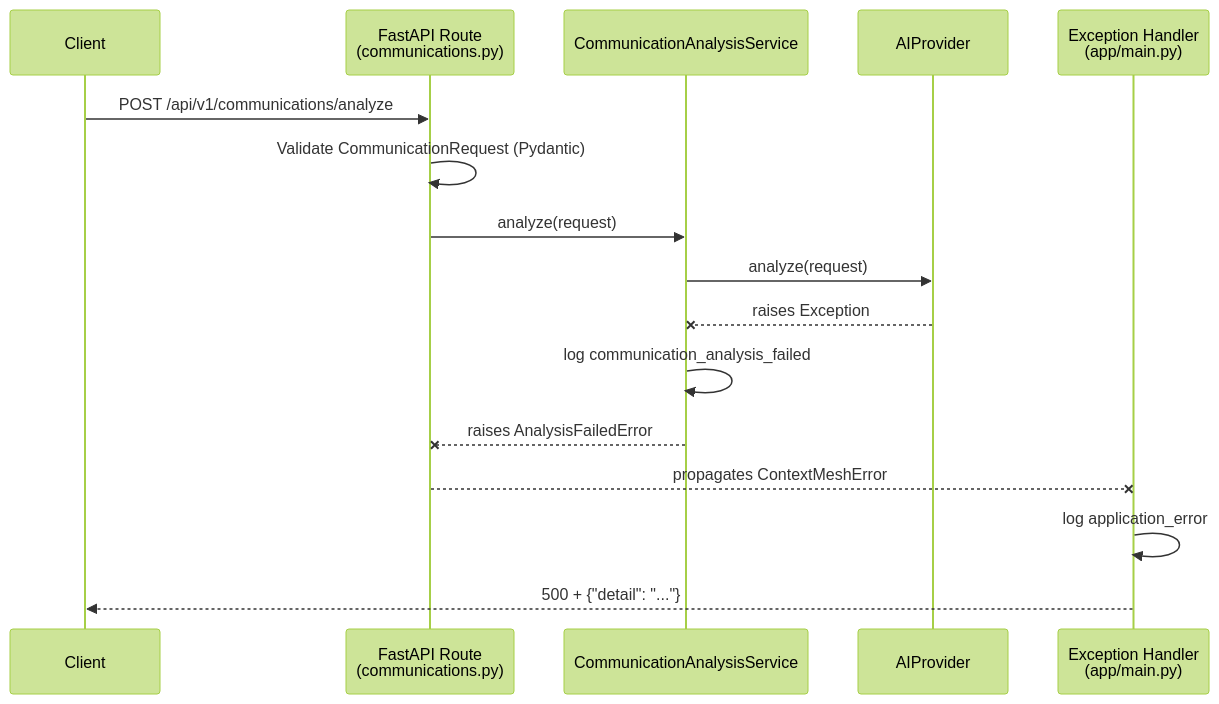
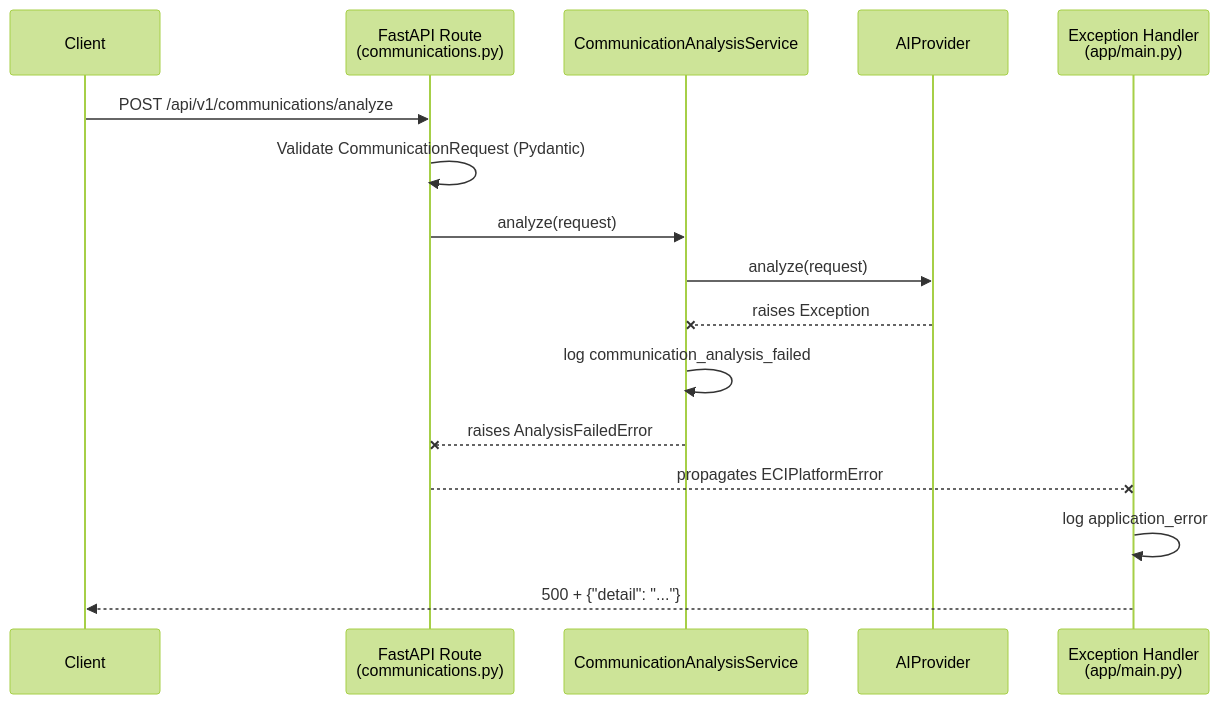
One commit to Susanta2025-lab/enterprise-communication-intelligence changed the second of 4 diagrams in docs/architecture/sequence-diagrams.md. Above: the diagram before and after it, drawn with Mermaid (forest theme). The commit also changed other lines of this file and 41 other files, not shown here.

````diff
--- a/docs/architecture/sequence-diagrams.md
+++ b/docs/architecture/sequence-diagrams.md
@@ -28,19 +28,19 @@
 ```mermaid
 sequenceDiagram
     participant Client
     participant Route as FastAPI Route<br/>(communications.py)
     participant Service as CommunicationAnalysisService
     participant Provider as AIProvider
     participant Handler as Exception Handler<br/>(app/main.py)
 
     Client->>Route: POST /api/v1/communications/analyze
     Route->>Route: Validate CommunicationRequest (Pydantic)
     Route->>Service: analyze(request)
     Service->>Provider: analyze(request)
     Provider--xService: raises Exception
     Service->>Service: log communication_analysis_failed
     Service--xRoute: raises AnalysisFailedError
-    Route--xHandler: propagates ContextMeshError
+    Route--xHandler: propagates ECIPlatformError
     Handler->>Handler: log application_error
     Handler-->>Client: 500 + {"detail": "..."}
 ```
````
